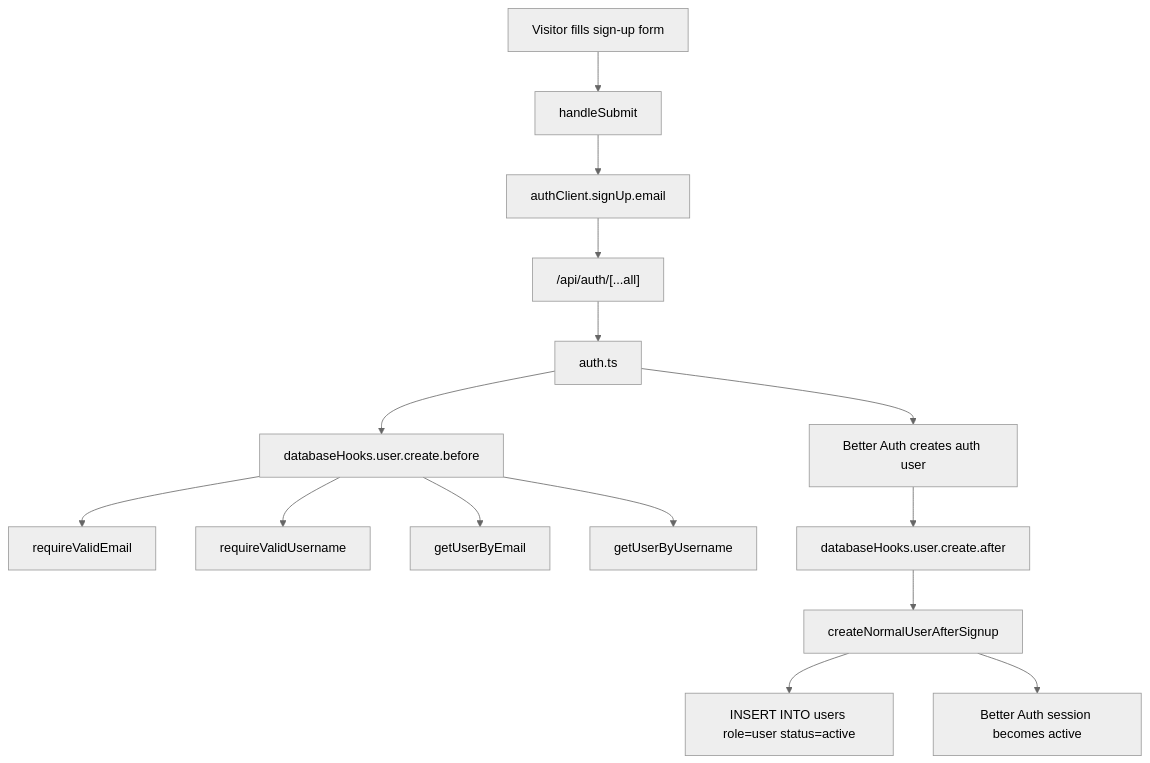
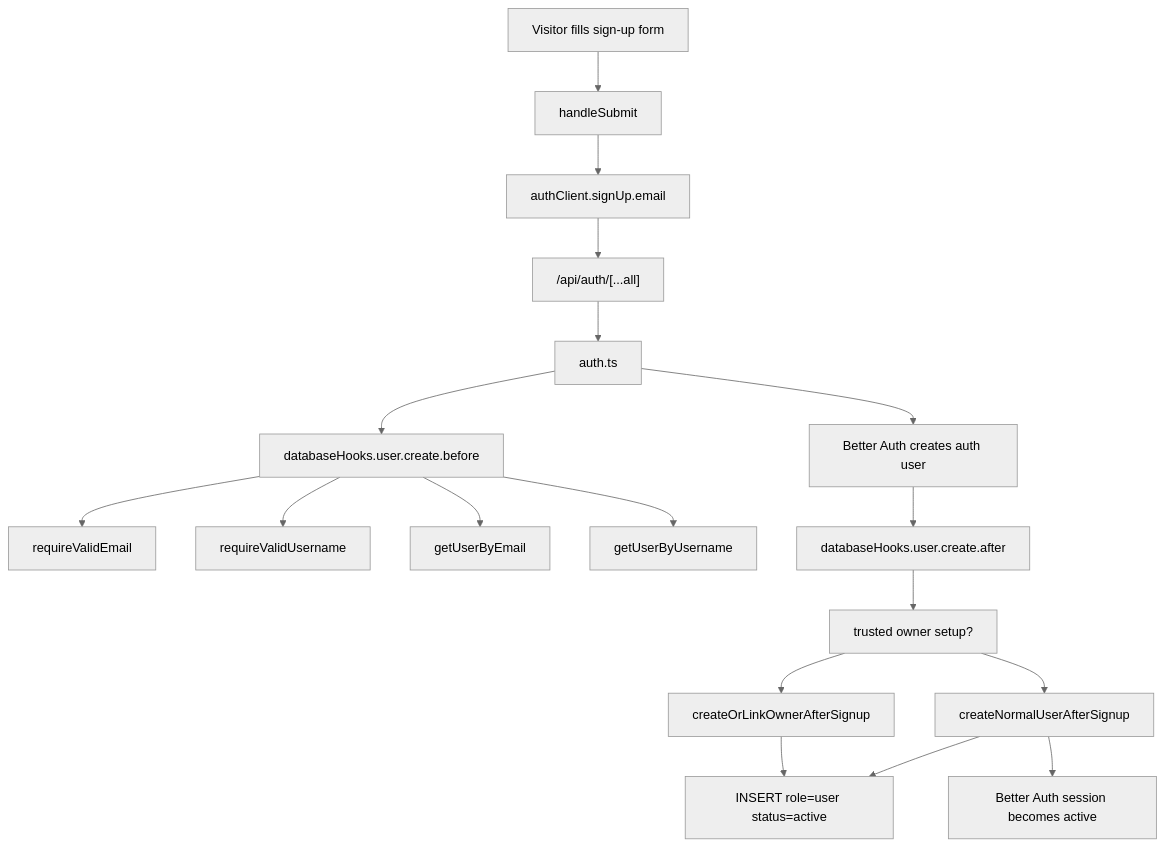
One commit to bucketb0t/Earth_In_Sound changed diagram 12 of 20 in PROJECT_LEARNING_FLOW.md. Above: the diagram before and after it, drawn with Mermaid (neutral theme). The commit also changed other lines of this file and 20 other files, not shown here.

````diff
--- a/PROJECT_LEARNING_FLOW.md
+++ b/PROJECT_LEARNING_FLOW.md
@@ -2601,17 +2705,20 @@
 ```mermaid
 flowchart TD
   User["Visitor fills sign-up form"] --> Submit["handleSubmit"]
   Submit --> SignUp["authClient.signUp.email"]
   SignUp --> AuthRoute["/api/auth/[...all]"]
   AuthRoute --> BetterAuth["auth.ts"]
   BetterAuth --> Before["databaseHooks.user.create.before"]
   Before --> EmailValidation["requireValidEmail"]
   Before --> UsernameValidation["requireValidUsername"]
   Before --> EmailDuplicate["getUserByEmail"]
   Before --> UsernameDuplicate["getUserByUsername"]
   BetterAuth --> AuthWrite["Better Auth creates auth user"]
   AuthWrite --> After["databaseHooks.user.create.after"]
-  After --> ProjectWrite["createNormalUserAfterSignup"]
-  ProjectWrite --> UsersTable["INSERT INTO users role=user status=active"]
+  After --> ChooseWrite["trusted owner setup?"]
+  ChooseWrite --> ProjectWrite["createNormalUserAfterSignup"]
+  ChooseWrite --> OwnerWrite["createOrLinkOwnerAfterSignup"]
+  ProjectWrite --> UsersTable["INSERT role=user status=active"]
+  OwnerWrite --> UsersTable
   ProjectWrite --> Session["Better Auth session becomes active"]
 ```
````
